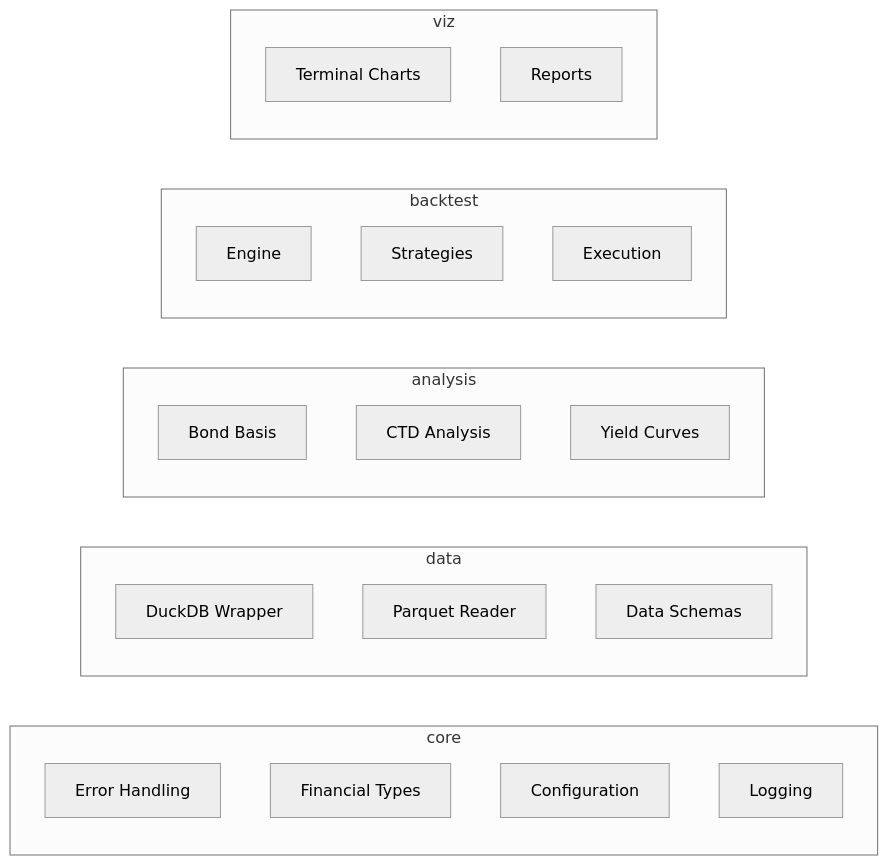
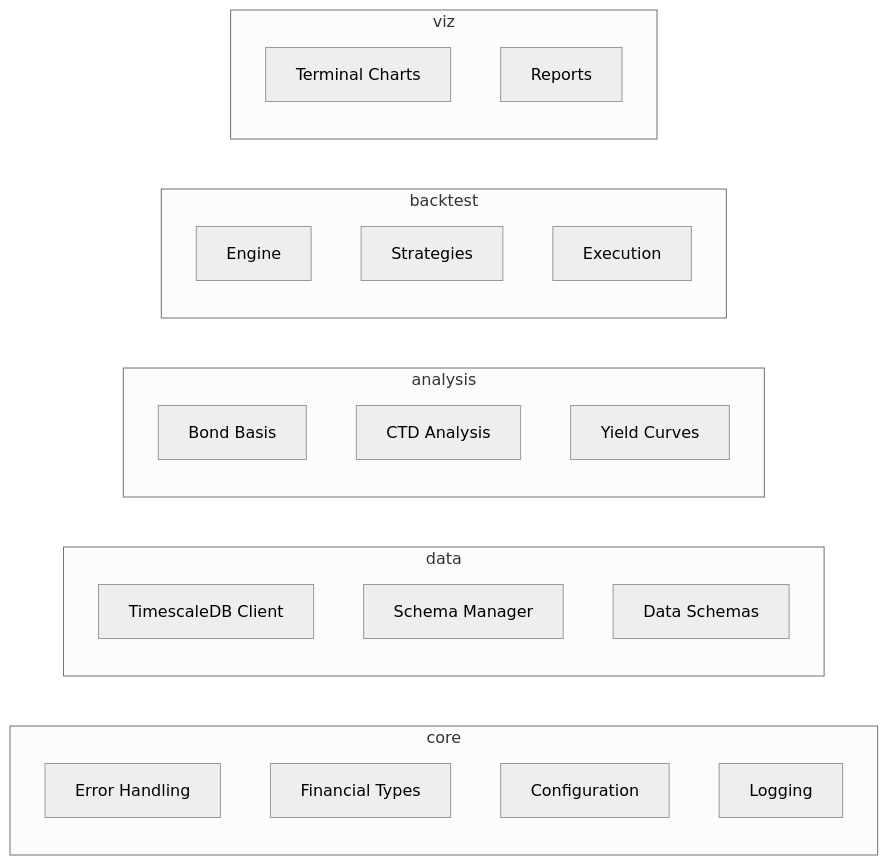
Before and after one commit to jlipworth/fin-kit: the second of 4 diagrams in docs/diagrams/module-overview.md, drawn with Mermaid (neutral theme). The commit also changed other lines of this file and 10 other files, not shown here.

Commit message:
docs: update all references from DuckDB to TimescaleDB/libpqxx

````diff
--- a/docs/diagrams/module-overview.md
+++ b/docs/diagrams/module-overview.md
@@ -44,32 +44,32 @@
 ```mermaid
 graph LR
     subgraph core["core"]
         C1[Error Handling]
         C2[Financial Types]
         C3[Configuration]
         C4[Logging]
     end
 
     subgraph data["data"]
-        D1[DuckDB Wrapper]
-        D2[Parquet Reader]
+        D1[TimescaleDB Client]
+        D2[Schema Manager]
         D3[Data Schemas]
     end
 
     subgraph analysis["analysis"]
         A1[Bond Basis]
         A2[CTD Analysis]
         A3[Yield Curves]
     end
 
     subgraph backtest["backtest"]
         B1[Engine]
         B2[Strategies]
         B3[Execution]
     end
 
     subgraph viz["viz"]
         V1[Terminal Charts]
         V2[Reports]
     end
 ```
````
